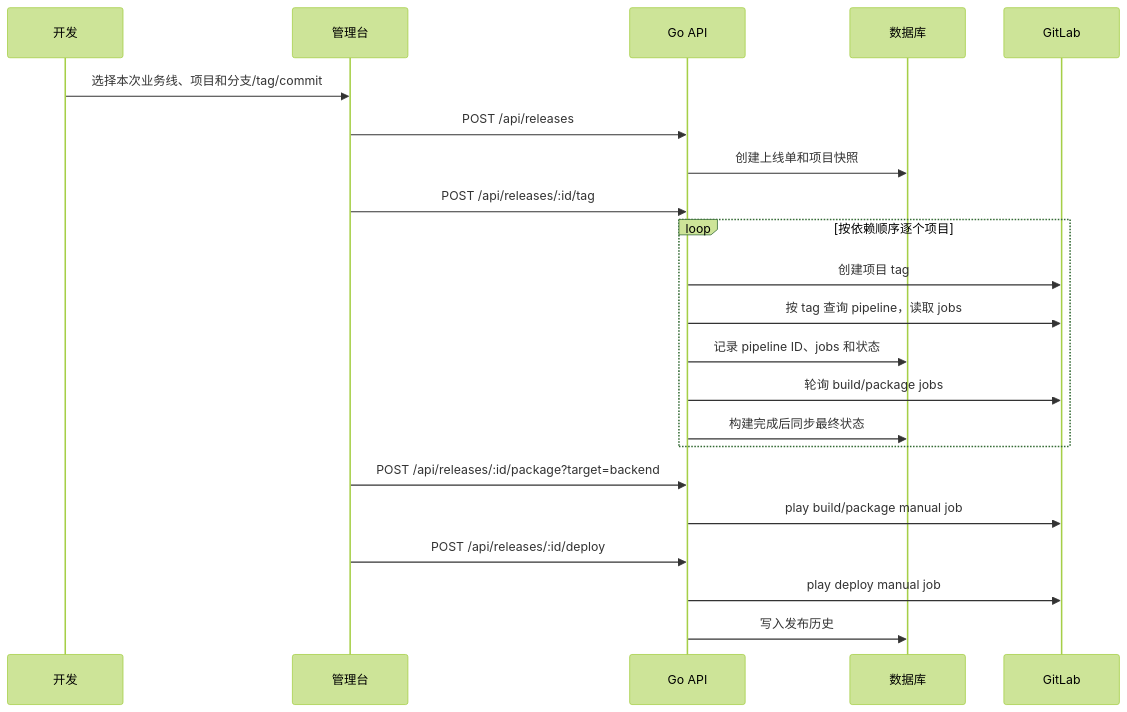
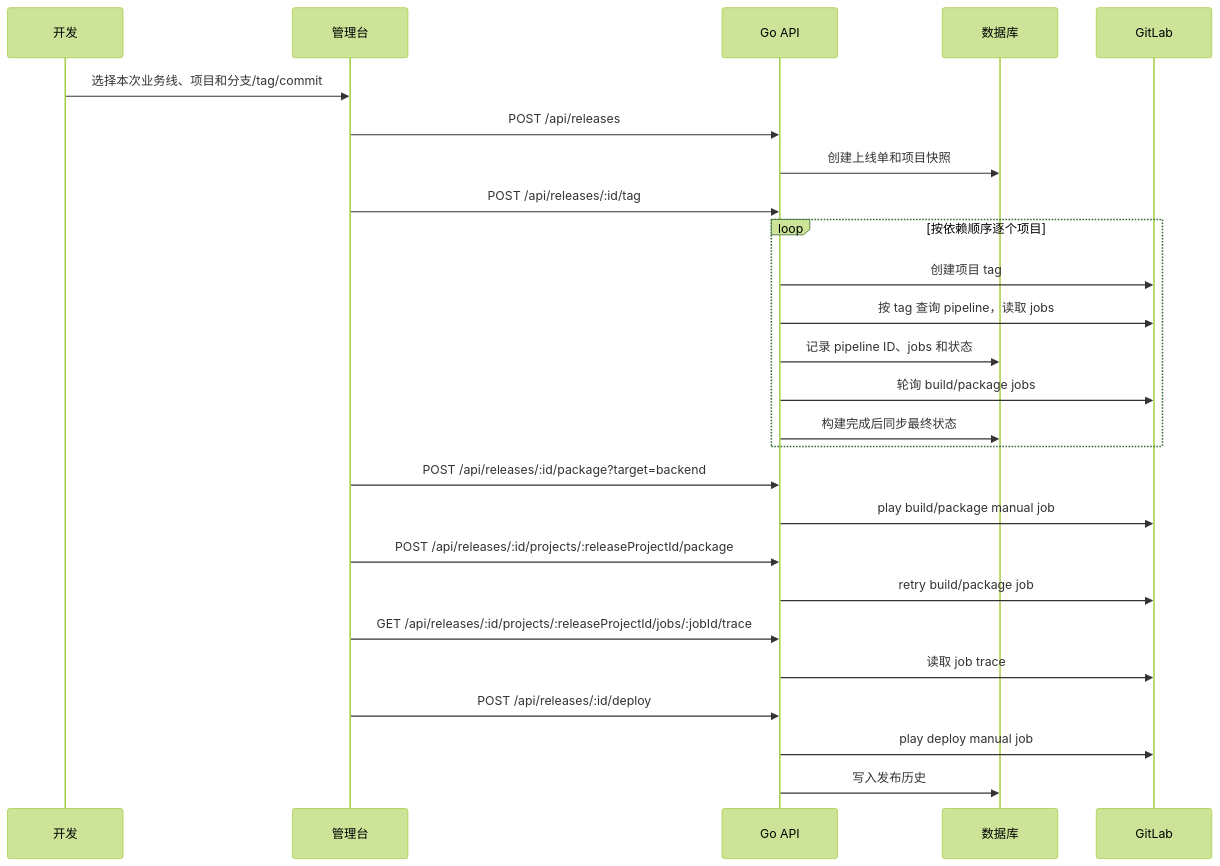
One commit to jktest709-arch/delivery-platform changed the second of 2 diagrams in docs/architecture.md. Above: the diagram before and after it, drawn with Mermaid (forest theme). The commit also changed other lines of this file and 12 other files, not shown here.

````diff
--- a/docs/architecture.md
+++ b/docs/architecture.md
@@ -38,25 +38,29 @@
 ```mermaid
 sequenceDiagram
   participant Dev as 开发
   participant Web as 管理台
   participant API as Go API
   participant DB as 数据库
   participant GL as GitLab
 
   Dev->>Web: 选择本次业务线、项目和分支/tag/commit
   Web->>API: POST /api/releases
   API->>DB: 创建上线单和项目快照
   Web->>API: POST /api/releases/:id/tag
   loop 按依赖顺序逐个项目
     API->>GL: 创建项目 tag
     API->>GL: 按 tag 查询 pipeline，读取 jobs
     API->>DB: 记录 pipeline ID、jobs 和状态
     API->>GL: 轮询 build/package jobs
     API->>DB: 构建完成后同步最终状态
   end
   Web->>API: POST /api/releases/:id/package?target=backend
   API->>GL: play build/package manual job
+  Web->>API: POST /api/releases/:id/projects/:releaseProjectId/package
+  API->>GL: retry build/package job
+  Web->>API: GET /api/releases/:id/projects/:releaseProjectId/jobs/:jobId/trace
+  API->>GL: 读取 job trace
   Web->>API: POST /api/releases/:id/deploy
   API->>GL: play deploy manual job
   API->>DB: 写入发布历史
 ```
````
